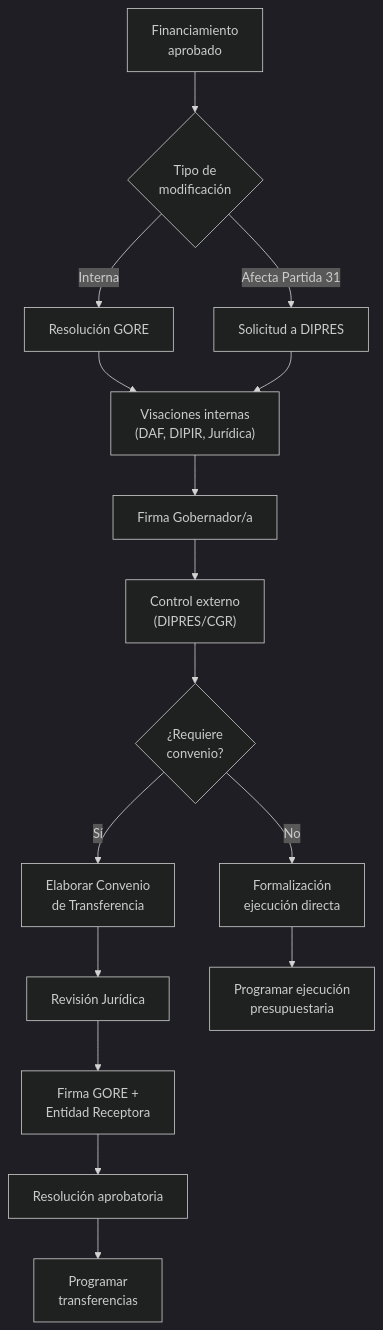
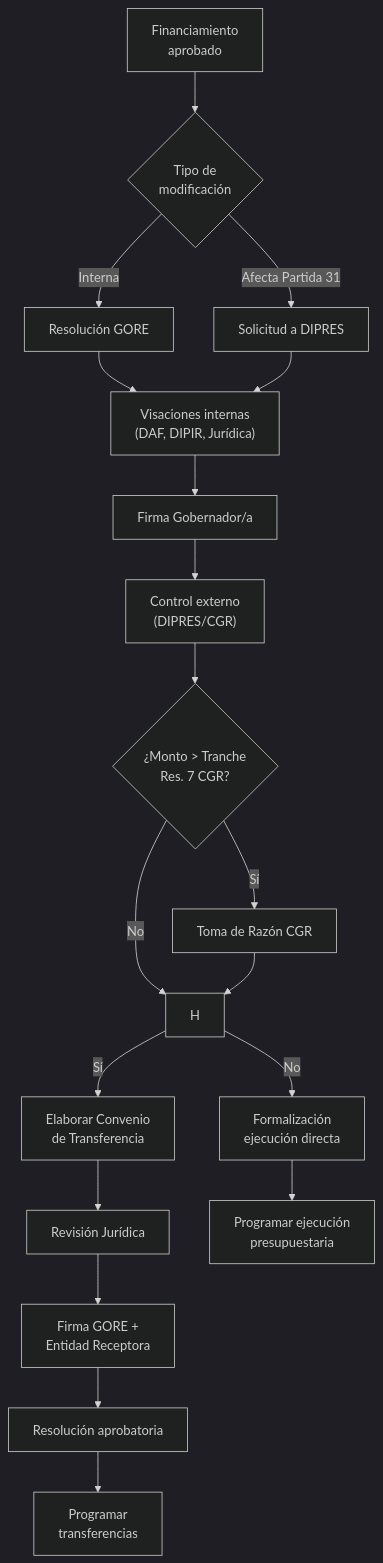
Before and after one commit to felix-antonio-sl/gore_os: the seventh of 18 diagrams in docs/blueprint/domains/domain_d-fin.md, drawn with Mermaid (dark theme). The commit also changed other lines of this file and 26 other files, not shown here.

````diff
--- a/docs/blueprint/domains/domain_d-fin.md
+++ b/docs/blueprint/domains/domain_d-fin.md
@@ -459,19 +545,22 @@
 ```mermaid
 flowchart TD
     A["Financiamiento<br/>aprobado"] --> B{"Tipo de<br/>modificación"}
     
     B -->|"Interna"| C["Resolución GORE"]
     B -->|"Afecta Partida 31"| D["Solicitud a DIPRES"]
     
     C & D --> E["Visaciones internas<br/>(DAF, DIPIR, Jurídica)"]
     E --> F["Firma Gobernador/a"]
     F --> G["Control externo<br/>(DIPRES/CGR)"]
-    G --> H{"¿Requiere<br/>convenio?"}
+    G --> G1{"¿Monto > Tranche<br/>Res. 7 CGR?"}
+    G1 -->|"Sí"| G2["Toma de Razón CGR"]
+    G1 -->|"No"| H
+    G2 --> H
     H -->|"Sí"| I["Elaborar Convenio<br/>de Transferencia"]
     I --> J["Revisión Jurídica"]
     J --> K["Firma GORE +<br/>Entidad Receptora"]
     K --> L["Resolución aprobatoria"]
     L --> M["Programar<br/>transferencias"]
     H -->|"No"| N["Formalización<br/>ejecución directa"]
     N --> O["Programar ejecución<br/>presupuestaria"]
 ```
````
